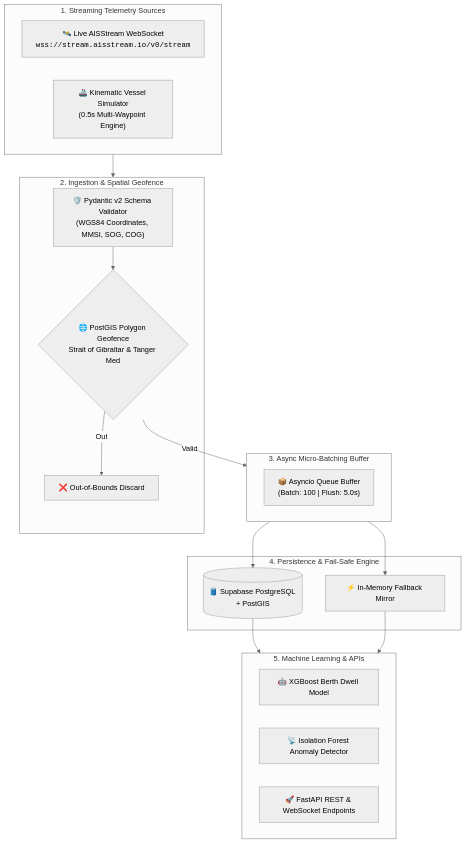
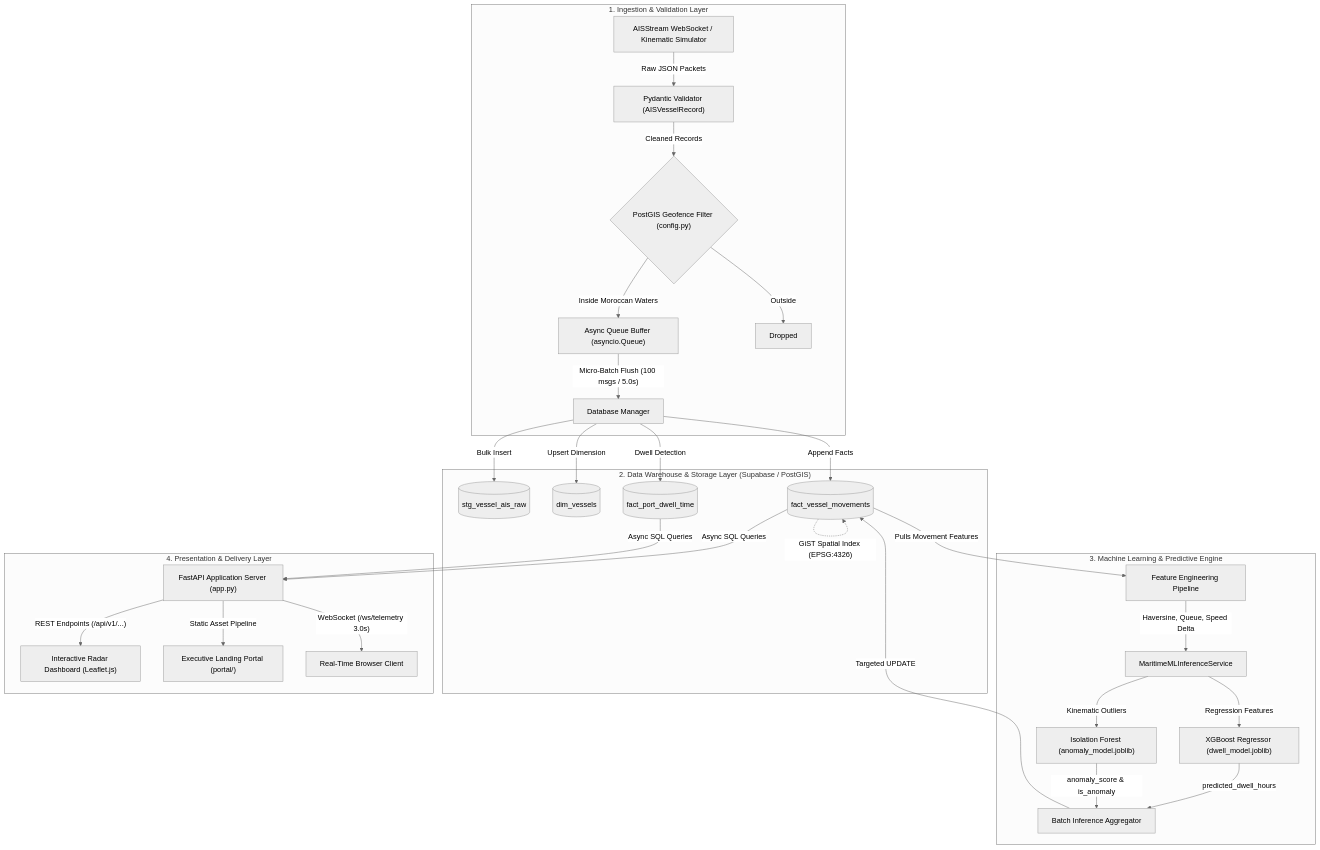
Before and after one commit to zakariabahtani35-prog/tanger-med-maritime-intelligence: the diagram in README.md, drawn with Mermaid (neutral theme). The commit also changed other lines of this file, not shown here.

````diff
--- a/README.md
+++ b/README.md
@@ -87,37 +81,35 @@
 ```mermaid
 flowchart TD
-    subgraph SOURCES["1. Streaming Telemetry Sources"]
-        S1["🛰️ Live AISStream WebSocket<br/><code>wss://stream.aisstream.io/v0/stream</code>"]
-        S2["🚢 Kinematic Vessel Simulator<br/>(0.5s Multi-Waypoint Engine)"]
+    subgraph S1["1. Ingestion & Validation Layer"]
+        A1["AISStream WebSocket / Kinematic Simulator"] -->|"Raw JSON Packets"| B1["Pydantic Validator (AISVesselRecord)"]
+        B1 -->|"Cleaned Records"| C1{"PostGIS Geofence Filter (config.py)"}
+        C1 -->|"Inside Moroccan Waters"| D1["Async Queue Buffer (asyncio.Queue)"]
+        C1 -->|"Outside"| X1["Dropped"]
+        D1 -->|"Micro-Batch Flush (100 msgs / 5.0s)"| E1["Database Manager"]
     end
 
-    subgraph VALIDATION["2. Ingestion & Spatial Geofence"]
-        V1["🛡️ Pydantic v2 Schema Validator<br/>(WGS84 Coordinates, MMSI, SOG, COG)"]
-        V2{"🌐 PostGIS Polygon Geofence<br/>Strait of Gibraltar & Tanger Med"}
-        V3["❌ Out-of-Bounds Discard"]
+    subgraph S2["2. Data Warehouse & Storage Layer (Supabase / PostGIS)"]
+        E1 -->|"Bulk Insert"| T1[("stg_vessel_ais_raw")]
+        E1 -->|"Upsert Dimension"| T2[("dim_vessels")]
+        E1 -->|"Append Facts"| T3[("fact_vessel_movements")]
+        E1 -->|"Dwell Detection"| T4[("fact_port_dwell_time")]
+        T3 -.->|"GiST Spatial Index (EPSG:4326)"| T3
     end
 
-    subgraph BUFFER["3. Async Micro-Batching Buffer"]
-        B1["📦 Asyncio Queue Buffer<br/>(Batch: 100 | Flush: 5.0s)"]
+    subgraph S3["3. Machine Learning & Predictive Engine"]
+        T3 -->|"Pulls Movement Features"| ML1["Feature Engineering Pipeline"]
+        ML1 -->|"Haversine, Queue, Speed Delta"| ML2["MaritimeMLInferenceService"]
+        ML2 -->|"Regression Features"| M_DWELL["XGBoost Regressor (dwell_model.joblib)"]
+        ML2 -->|"Kinematic Outliers"| M_ANOM["Isolation Forest (anomaly_model.joblib)"]
+        M_DWELL -->|"predicted_dwell_hours"| ML_OUT["Batch Inference Aggregator"]
+        M_ANOM -->|"anomaly_score & is_anomaly"| ML_OUT
+        ML_OUT -->|"Targeted UPDATE"| T3
     end
 
-    subgraph STORAGE["4. Persistence & Fail-Safe Engine"]
-        DB1[("🛢️ Supabase PostgreSQL + PostGIS")]
-        DB2["⚡ In-Memory Fallback Mirror"]
+    subgraph S4["4. Presentation & Delivery Layer"]
+        T3 & T4 -->|"Async SQL Queries"| API["FastAPI Application Server (app.py)"]
+        API -->|"REST Endpoints (/api/v1/...)"| UI_DASH["Interactive Radar Dashboard (Leaflet.js)"]
+        API -->|"Static Asset Pipeline"| UI_PORTAL["Executive Landing Portal (portal/)"]
+        API -->|"WebSocket (/ws/telemetry 3.0s)"| WS_CLIENT["Real-Time Browser Client"]
     end
-
-    subgraph ANALYTICS["5. Machine Learning & APIs"]
-        ML1["🤖 XGBoost Berth Dwell Model"]
-        ML2["📡 Isolation Forest Anomaly Detector"]
-        API["🚀 FastAPI REST & WebSocket Endpoints"]
-    end
-
-    SOURCES --> VALIDATION
-    V1 --> V2
-    V2 -- Out --> V3
-    V2 -- Valid --> BUFFER
-    BUFFER --> DB1
-    BUFFER --> DB2
-    DB1 --> ANALYTICS
-    DB2 --> ANALYTICS
 ```
````
